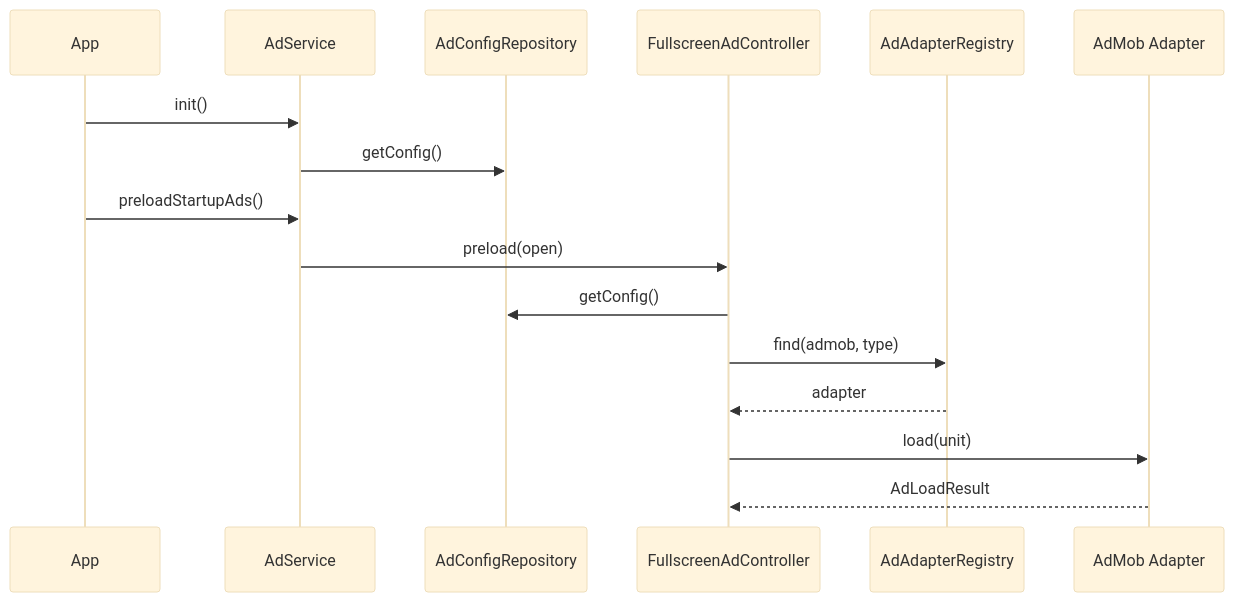
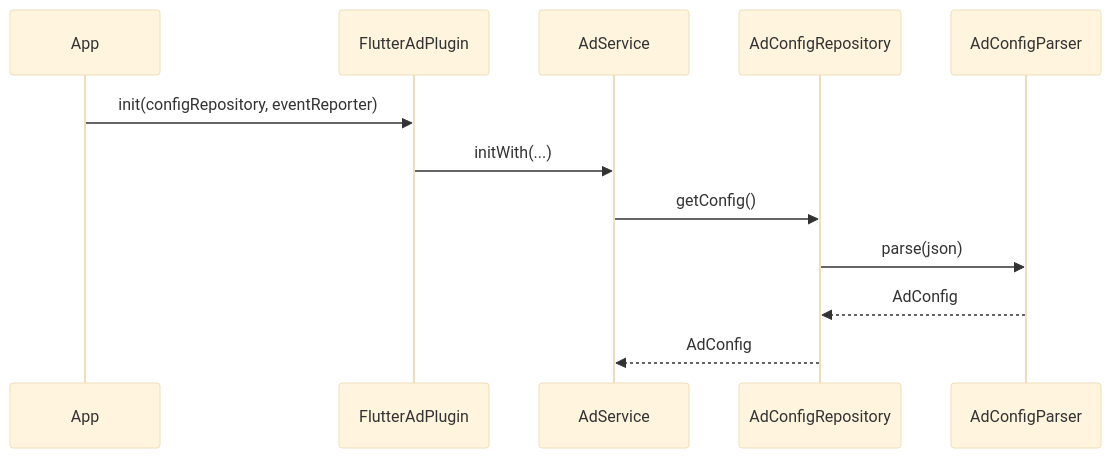
One commit to yanmingLiu/flutter_ad_plugin changed the first of 3 diagrams in docs/sequence.md. Above: the diagram before and after it, drawn with Mermaid (base theme). The commit also changed other lines of this file and 71 other files, not shown here.

````diff
--- a/docs/sequence.md
+++ b/docs/sequence.md
@@ -5,19 +5,15 @@
 ```mermaid
 sequenceDiagram
   participant App
+  participant Plugin as FlutterAdPlugin
   participant Service as AdService
   participant Repo as AdConfigRepository
-  participant Controller as FullscreenAdController
-  participant Registry as AdAdapterRegistry
-  participant Adapter as AdMob Adapter
+  participant Parser as AdConfigParser
 
-  App->>Service: init()
+  App->>Plugin: init(configRepository, eventReporter)
+  Plugin->>Service: initWith(...)
   Service->>Repo: getConfig()
-  App->>Service: preloadStartupAds()
-  Service->>Controller: preload(open)
-  Controller->>Repo: getConfig()
-  Controller->>Registry: find(admob, type)
-  Registry-->>Controller: adapter
-  Controller->>Adapter: load(unit)
-  Adapter-->>Controller: AdLoadResult
+  Repo->>Parser: parse(json)
+  Parser-->>Repo: AdConfig
+  Repo-->>Service: AdConfig
 ```
````
